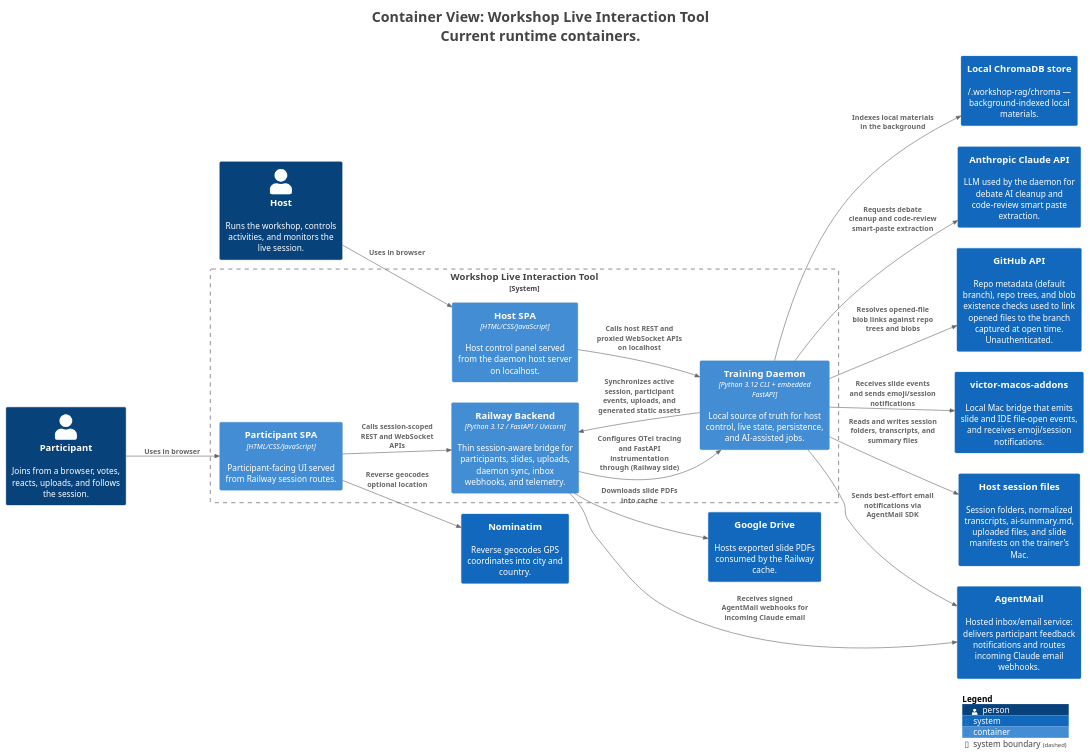
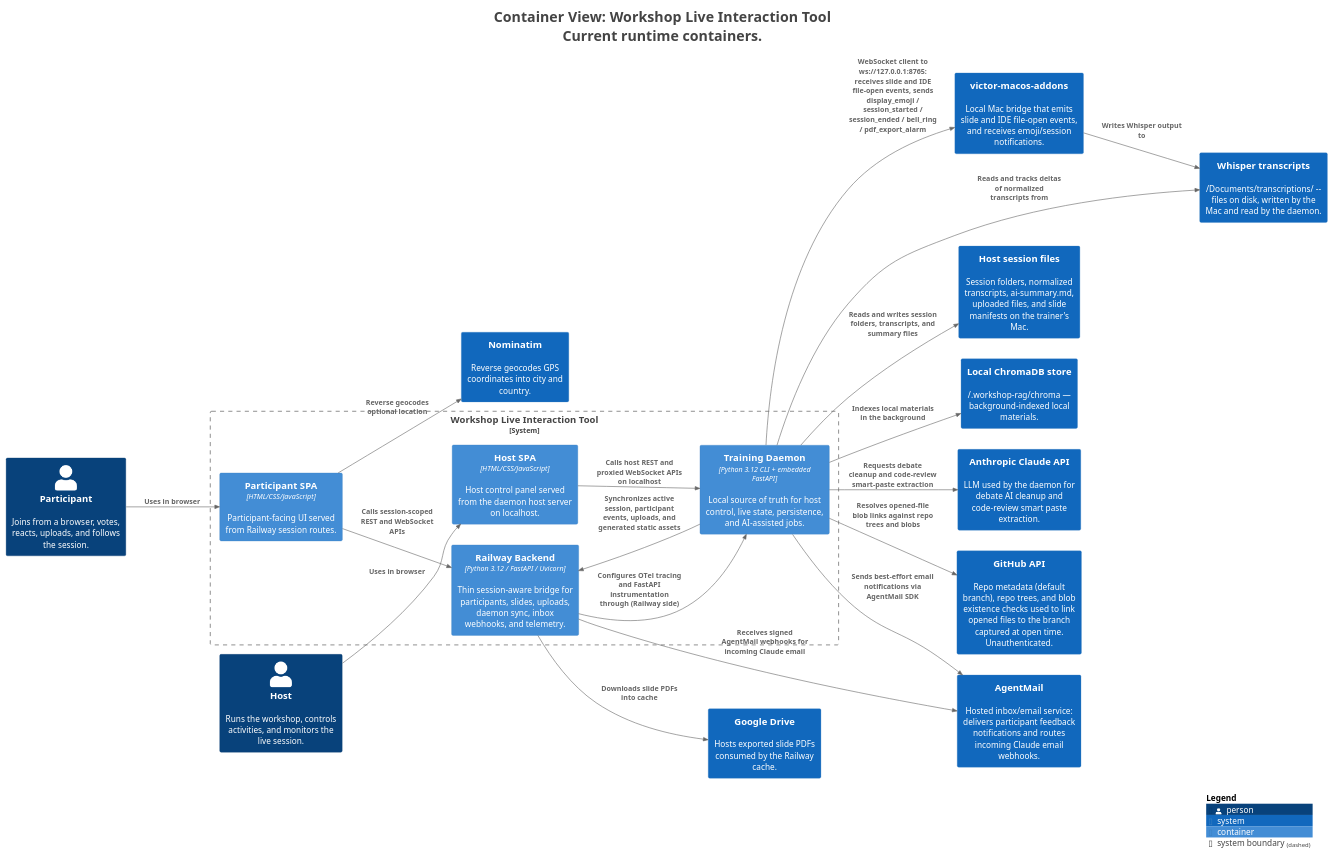
The diagram in docs/c4views/C2-Containers.puml (victorrentea/training-assistant), drawn with PlantUML before and after one commit. The commit also changed 16 other files, not shown here.

```diff
--- a/docs/c4views/C2-Containers.puml
+++ b/docs/c4views/C2-Containers.puml
@@ -1,54 +1,57 @@
 @startuml
 title <size:24>Container View: Workshop Live Interaction Tool</size>\n<size:24>Current runtime containers.</size>
 
 set separator none
 left to right direction
 
 <style>
   root {
     BackgroundColor: #ffffff
     FontColor: #444444
   }
 </style>
 
 !include <C4/C4>
 !include <C4/C4_Context>
 !include <C4/C4_Container>
 
 Person(Host, "Host", $descr="Runs the workshop, controls activities, and monitors the live session.", $tags="", $link="")
 Person(Participant, "Participant", $descr="Joins from a browser, votes, reacts, uploads, and follows the session.", $tags="", $link="")
 System(AnthropicClaudeAPI, "Anthropic Claude API", $descr="LLM used by the daemon for debate AI cleanup and code-review smart paste extraction.", $tags="", $link="")
 System(GitHubAPI, "GitHub API", $descr="Repo metadata (default branch), repo trees, and blob existence checks used to link opened files to the branch captured at open time. Unauthenticated.", $tags="", $link="")
 System(victormacosaddons, "victor-macos-addons", $descr="Local Mac bridge that emits slide and IDE file-open events, and receives emoji/session notifications.", $tags="", $link="")
 System(Nominatim, "Nominatim", $descr="Reverse geocodes GPS coordinates into city and country.", $tags="", $link="")
 System(GoogleDrive, "Google Drive", $descr="Hosts exported slide PDFs consumed by the Railway cache.", $tags="", $link="")
 System(AgentMail, "AgentMail", $descr="Hosted inbox/email service: delivers participant feedback notifications and routes incoming Claude email webhooks.", $tags="", $link="")
 System(Hostsessionfiles, "Host session files", $descr="Session folders, normalized transcripts, ai-summary.md, uploaded files, and slide manifests on the trainer's Mac.", $tags="", $link="")
 System(LocalChromaDBstore, "Local ChromaDB store", $descr="~/.workshop-rag/chroma — background-indexed local materials.", $tags="", $link="")
+System(Whispertranscripts, "Whisper transcripts", $descr="~/Documents/transcriptions/ -- files on disk, written by the Mac and read by the daemon.", $tags="", $link="")
 
 System_Boundary("WorkshopLiveInteractionTool_boundary", "Workshop Live Interaction Tool", $tags="") {
   Container(WorkshopLiveInteractionTool.ParticipantSPA, "Participant SPA", $techn="HTML/CSS/JavaScript", $descr="Participant-facing UI served from Railway session routes.", $tags="", $link="")
   Container(WorkshopLiveInteractionTool.HostSPA, "Host SPA", $techn="HTML/CSS/JavaScript", $descr="Host control panel served from the daemon host server on localhost.", $tags="", $link="")
   Container(WorkshopLiveInteractionTool.RailwayBackend, "Railway Backend", $techn="Python 3.12 / FastAPI / Uvicorn", $descr="Thin session-aware bridge for participants, slides, uploads, daemon sync, inbox webhooks, and telemetry.", $tags="", $link="")
   Container(WorkshopLiveInteractionTool.TrainingDaemon, "Training Daemon", $techn="Python 3.12 CLI + embedded FastAPI", $descr="Local source of truth for host control, live state, persistence, and AI-assisted jobs.", $tags="", $link="")
 }
 
+Rel(victormacosaddons, Whispertranscripts, "Writes Whisper output to", $techn="", $tags="", $link="")
+Rel(WorkshopLiveInteractionTool.TrainingDaemon, Whispertranscripts, "Reads and tracks deltas of normalized transcripts from", $techn="", $tags="", $link="")
 Rel(Participant, WorkshopLiveInteractionTool.ParticipantSPA, "Uses in browser", $techn="", $tags="", $link="")
 Rel(Host, WorkshopLiveInteractionTool.HostSPA, "Uses in browser", $techn="", $tags="", $link="")
 Rel(WorkshopLiveInteractionTool.ParticipantSPA, WorkshopLiveInteractionTool.RailwayBackend, "Calls session-scoped REST and WebSocket APIs", $techn="", $tags="", $link="")
 Rel(WorkshopLiveInteractionTool.ParticipantSPA, Nominatim, "Reverse geocodes optional location", $techn="", $tags="", $link="")
 Rel(WorkshopLiveInteractionTool.HostSPA, WorkshopLiveInteractionTool.TrainingDaemon, "Calls host REST and proxied WebSocket APIs on localhost", $techn="", $tags="", $link="")
 Rel(WorkshopLiveInteractionTool.TrainingDaemon, WorkshopLiveInteractionTool.RailwayBackend, "Synchronizes active session, participant events, uploads, and generated static assets", $techn="", $tags="", $link="")
 Rel(WorkshopLiveInteractionTool.TrainingDaemon, AnthropicClaudeAPI, "Requests debate cleanup and code-review smart-paste extraction", $techn="", $tags="", $link="")
 Rel(WorkshopLiveInteractionTool.TrainingDaemon, GitHubAPI, "Resolves opened-file blob links against repo trees and blobs", $techn="", $tags="", $link="")
-Rel(WorkshopLiveInteractionTool.TrainingDaemon, victormacosaddons, "Receives slide events and sends emoji/session notifications", $techn="", $tags="", $link="")
+Rel(WorkshopLiveInteractionTool.TrainingDaemon, victormacosaddons, "WebSocket client to ws://127.0.0.1:8765: receives slide and IDE file-open events, sends display_emoji / session_started / session_ended / bell_ring / pdf_export_alarm", $techn="", $tags="", $link="")
 Rel(WorkshopLiveInteractionTool.TrainingDaemon, AgentMail, "Sends best-effort email notifications via AgentMail SDK", $techn="", $tags="", $link="")
 Rel(WorkshopLiveInteractionTool.TrainingDaemon, Hostsessionfiles, "Reads and writes session folders, transcripts, and summary files", $techn="", $tags="", $link="")
 Rel(WorkshopLiveInteractionTool.TrainingDaemon, LocalChromaDBstore, "Indexes local materials in the background", $techn="", $tags="", $link="")
 Rel(WorkshopLiveInteractionTool.RailwayBackend, GoogleDrive, "Downloads slide PDFs into cache", $techn="", $tags="", $link="")
 Rel(WorkshopLiveInteractionTool.RailwayBackend, AgentMail, "Receives signed AgentMail webhooks for incoming Claude email", $techn="", $tags="", $link="")
 Rel(WorkshopLiveInteractionTool.RailwayBackend, WorkshopLiveInteractionTool.TrainingDaemon, "Configures OTel tracing and FastAPI instrumentation through (Railway side)", $techn="", $tags="", $link="")
 
 SHOW_LEGEND(true)
 hide stereotypes
 @enduml
```
